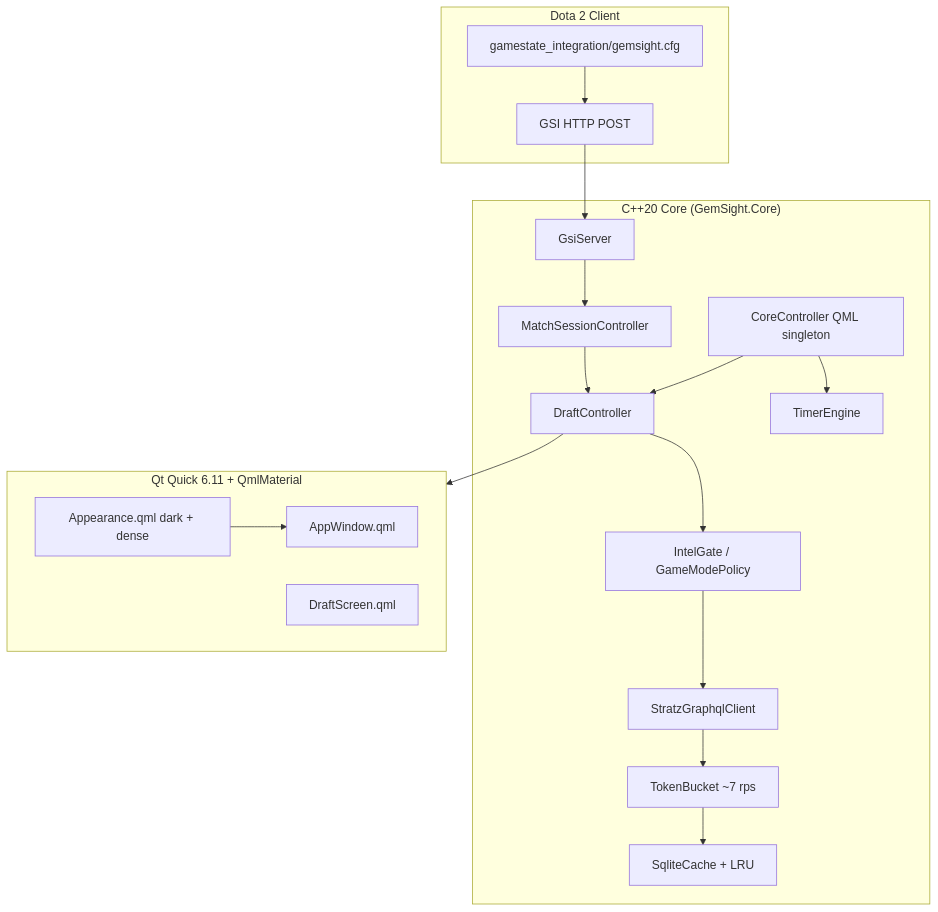
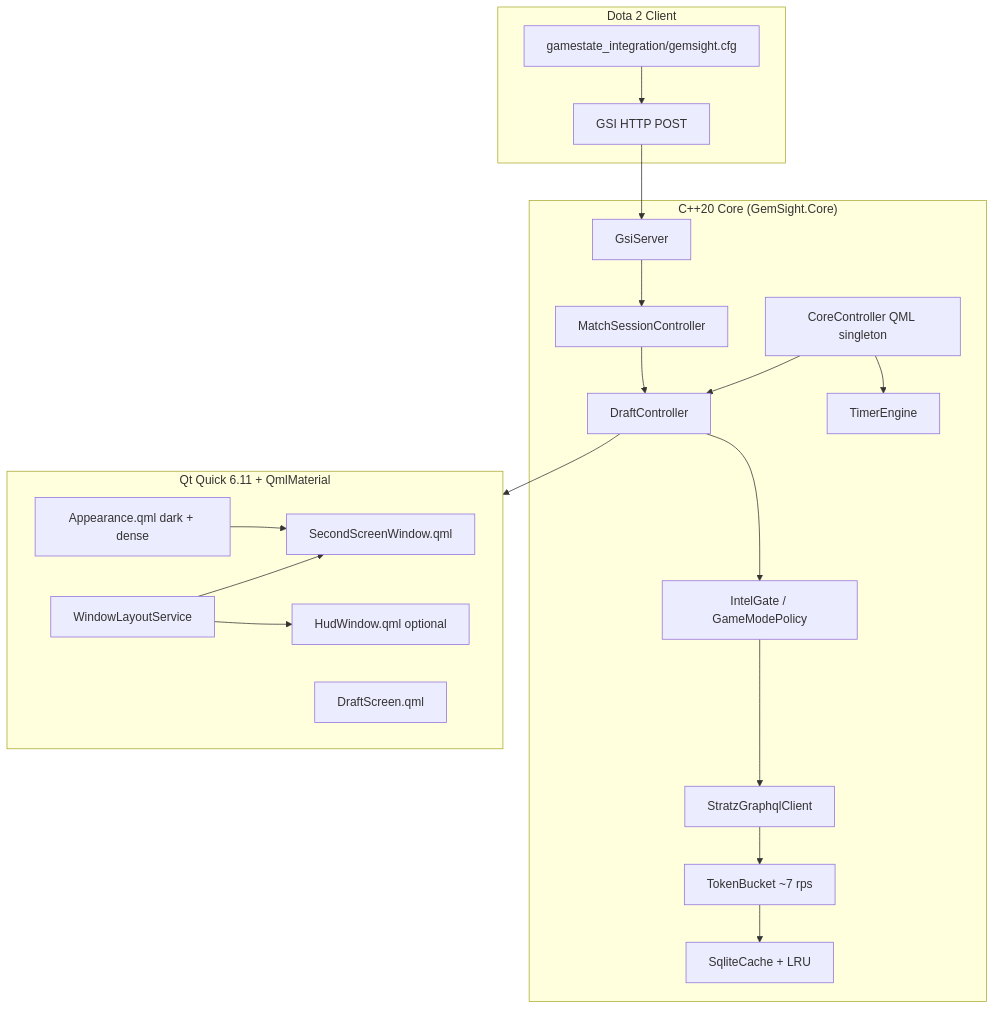
The fourth of 4 diagrams in docs/ARCHITECTURE.md (BadKiko/GemSight), drawn with Mermaid before and after one commit. The commit also changed other lines of this file, not shown here.

Commit message:
docs: Windows-first platform strategy and second-screen HUD display model

````diff
--- a/docs/ARCHITECTURE.md
+++ b/docs/ARCHITECTURE.md
@@ -177,36 +221,40 @@
 ```mermaid
 flowchart TB
   subgraph Dota2["Dota 2 Client"]
     CFG["gamestate_integration/gemsight.cfg"]
     POST["GSI HTTP POST"]
   end
 
   subgraph Core["C++20 Core (GemSight.Core)"]
     Facade["CoreController QML singleton"]
     GSI["GsiServer"]
     Session["MatchSessionController"]
     Draft["DraftController"]
     Gate["IntelGate / GameModePolicy"]
     Stratz["StratzGraphqlClient"]
     Cache["SqliteCache + LRU"]
     Rate["TokenBucket ~7 rps"]
     Timers["TimerEngine"]
   end
 
   subgraph UI["Qt Quick 6.11 + QmlMaterial"]
-    App["AppWindow.qml"]
+    App["SecondScreenWindow.qml"]
+    HUD["HudWindow.qml optional"]
     DraftUI["DraftScreen.qml"]
     Theme["Appearance.qml dark + dense"]
+    Layout["WindowLayoutService"]
   end
 
   CFG --> POST --> GSI
   GSI --> Session
   Session --> Draft
   Draft --> Gate
   Gate --> Stratz
   Stratz --> Rate --> Cache
   Facade --> Draft
   Facade --> Timers
   Draft --> UI
   Theme --> App
+  Layout --> App
+  Layout --> HUD
 ```
````
